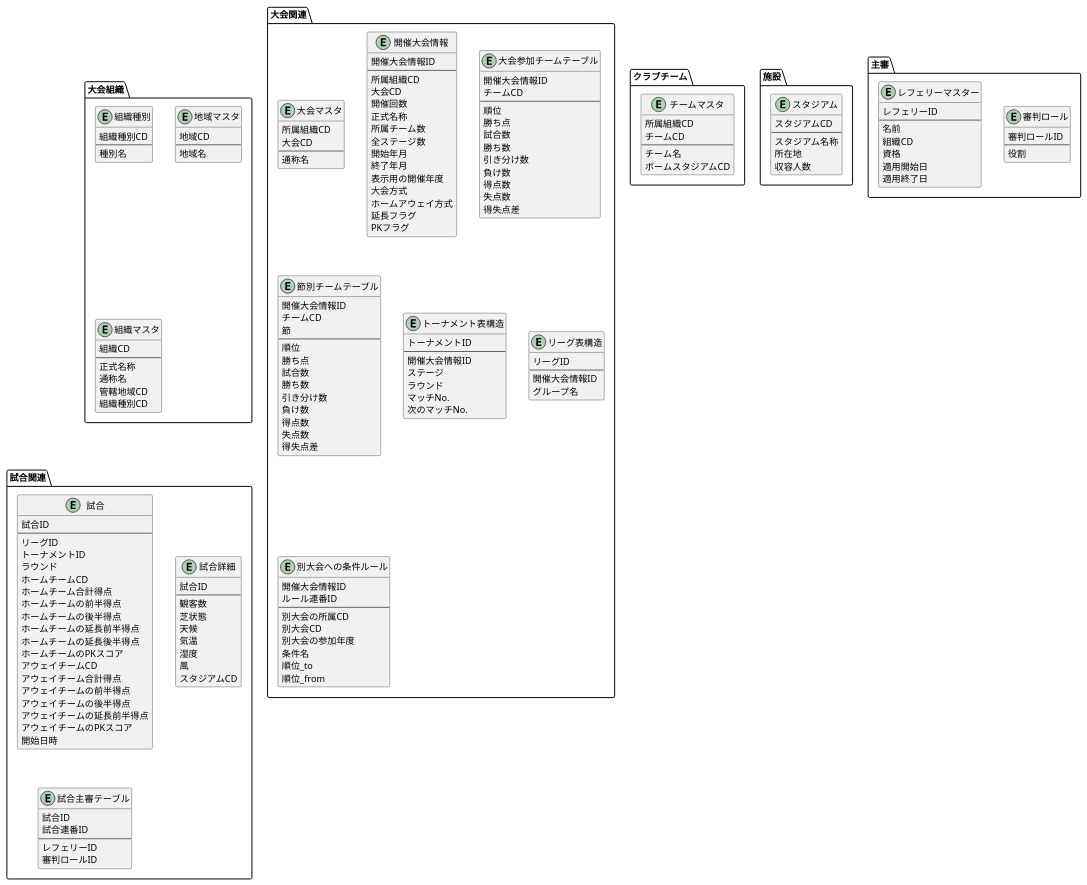
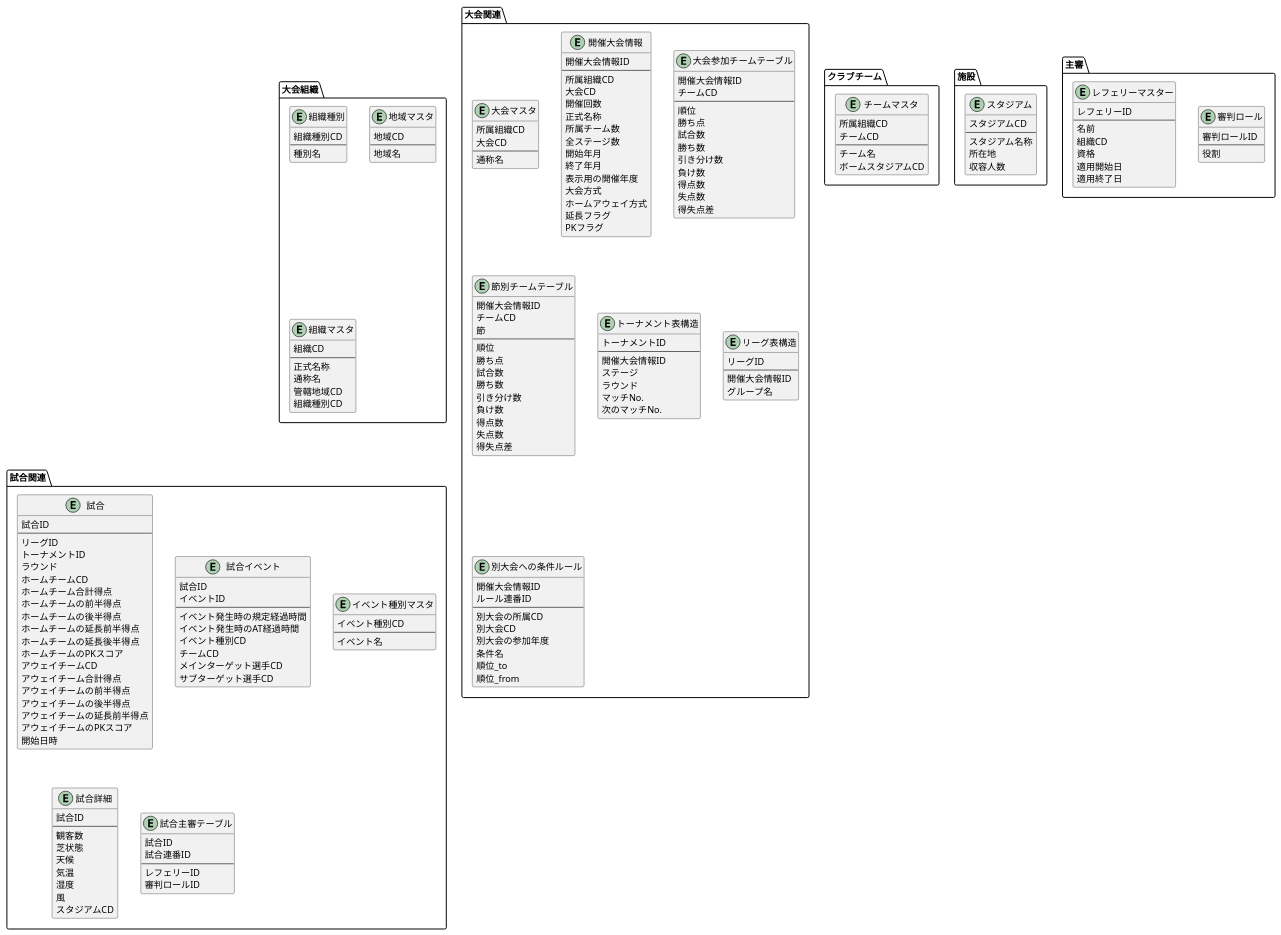
The diagram in soccker_db.puml (LCC-SYamada/SocckerDB_PlantUML), drawn with PlantUML before and after one commit.

Commit message:
イベント種別マスタと試合イベントテーブルを作成

```diff
--- a/soccker_db.puml
+++ b/soccker_db.puml
@@ -152,6 +152,25 @@
     アウェイチームのPKスコア
     開始日時
   }
+
+  Entity "試合イベント" as MatchEvent {
+    試合ID
+    イベントID
+    --
+    イベント発生時の規定経過時間
+    イベント発生時のAT経過時間
+    イベント種別CD
+    チームCD
+    メインターゲット選手CD
+    サブターゲット選手CD
+  }
+
+  Entity "イベント種別マスタ" as EventCategory {
+    イベント種別CD
+    --
+    イベント名
+  }
+
   Entity "試合詳細" as MatchInfo {
     試合ID
     --
```
